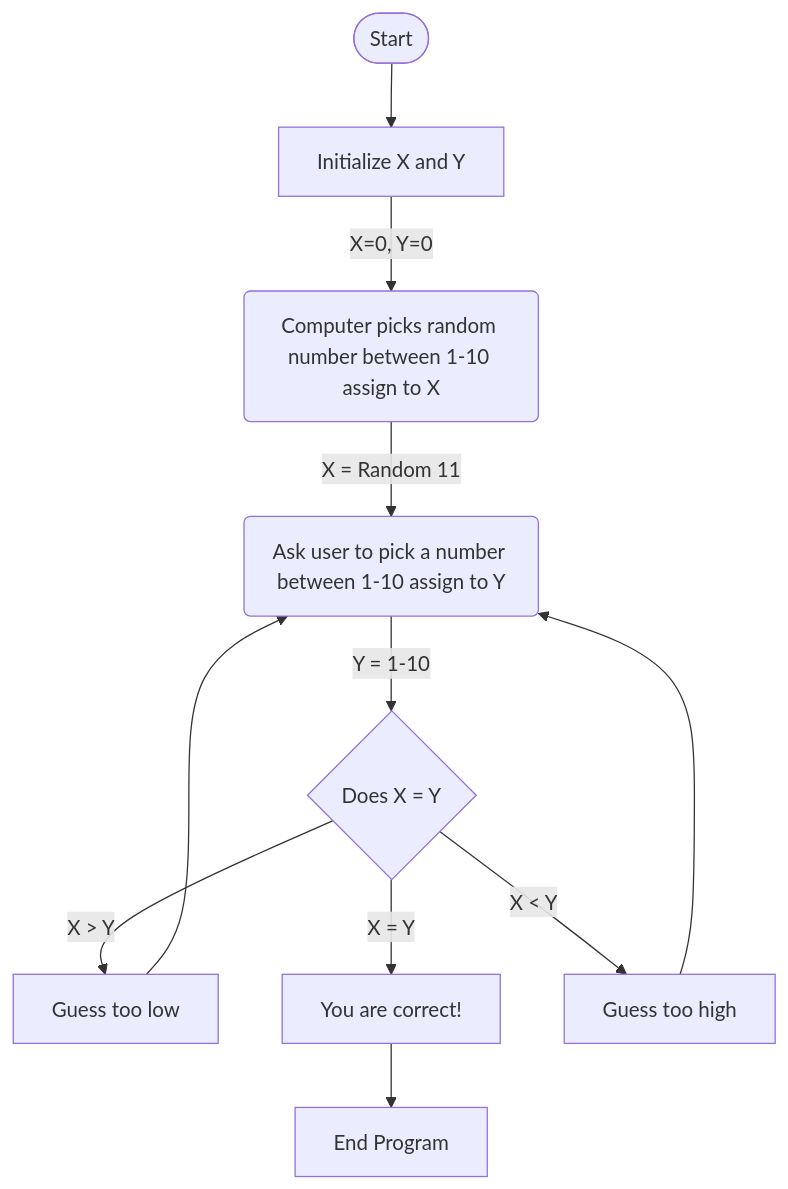
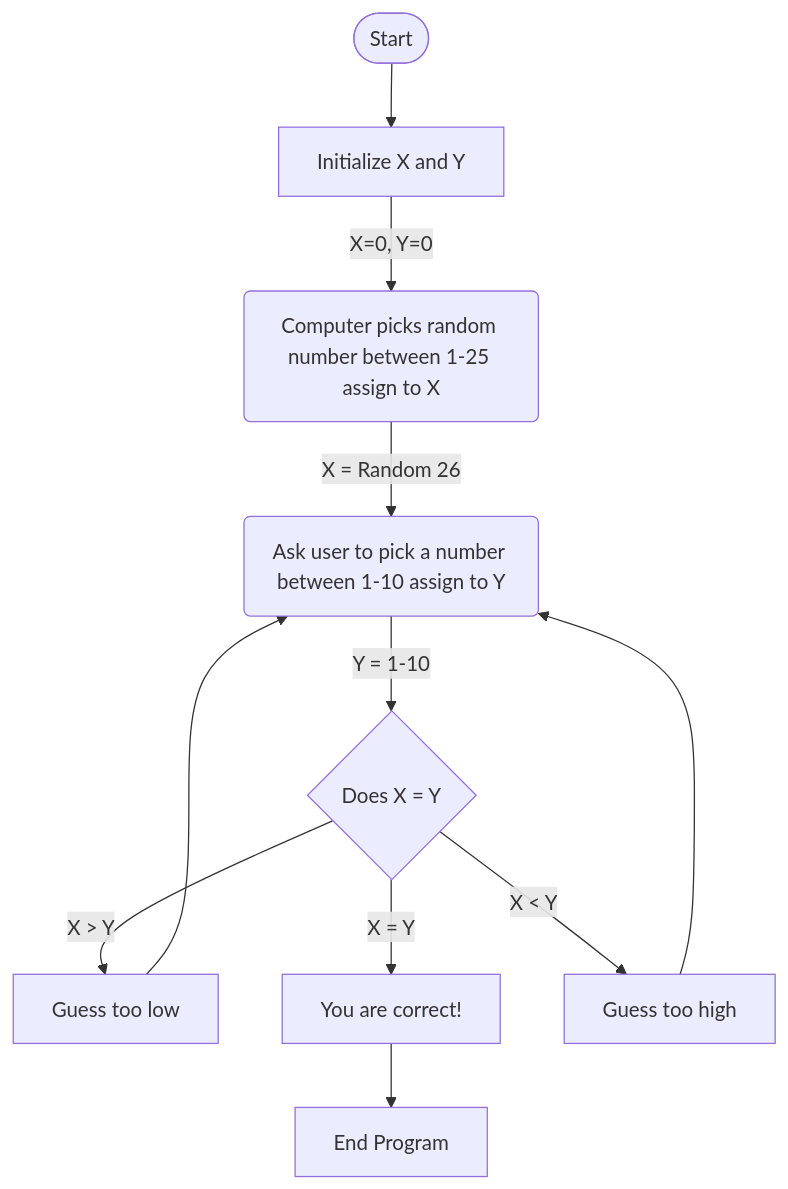
Before and after one commit to ansmith2/ansmith2.github.io: the diagram in Guessing.md, drawn with Mermaid.

````diff
--- a/Guessing.md
+++ b/Guessing.md
@@ -1,9 +1,9 @@
 ```mermaid
 flowchart TD
 Start([Start]) -->
-    A[Initialize X and Y] -->|X=0, Y=0| B(Computer picks random number between 1-10 assign to X)
-    B -->|X = Random 11| C(Ask user to pick a number between 1-10 assign to Y) -->|Y = 1-10| D
+    A[Initialize X and Y] -->|X=0, Y=0| B(Computer picks random number between 1-25 assign to X)
+    B -->|X = Random 26| C(Ask user to pick a number between 1-10 assign to Y) -->|Y = 1-10| D
     D{Does X = Y} -->|X > Y| J[Guess too low] -->C
     D -->|X = Y| E[You are correct!] --> M[End Program]
     D -->|X < Y| F[Guess too high] -->C
 ```
````
